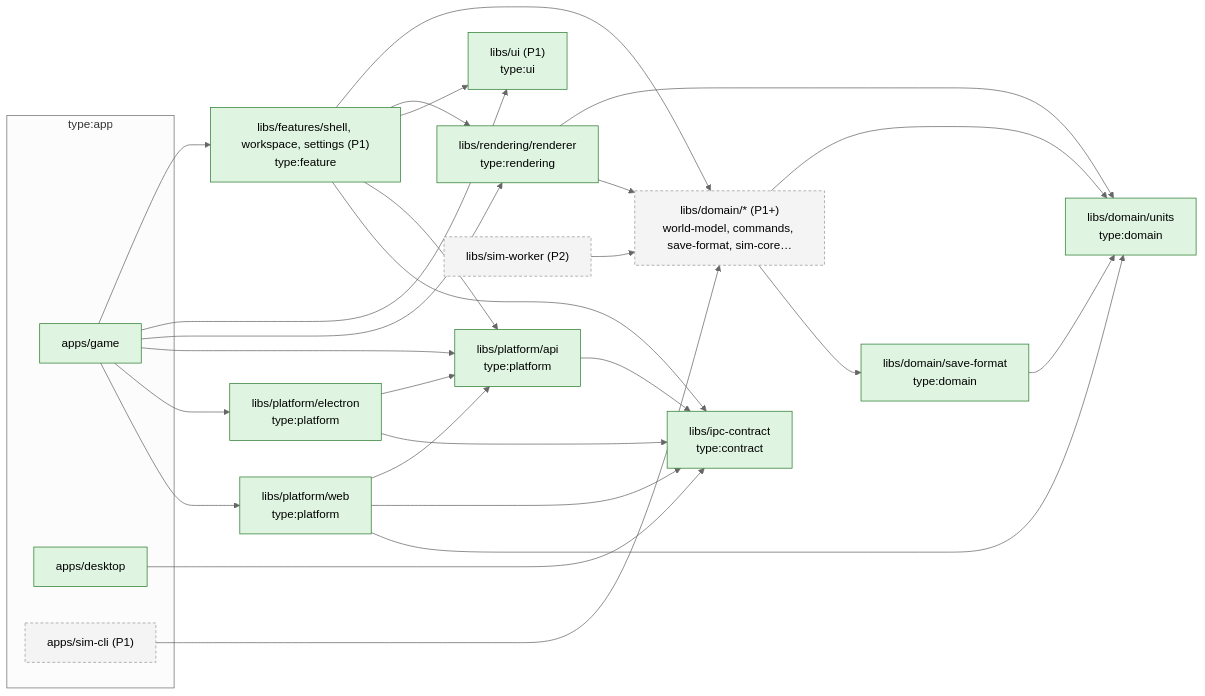
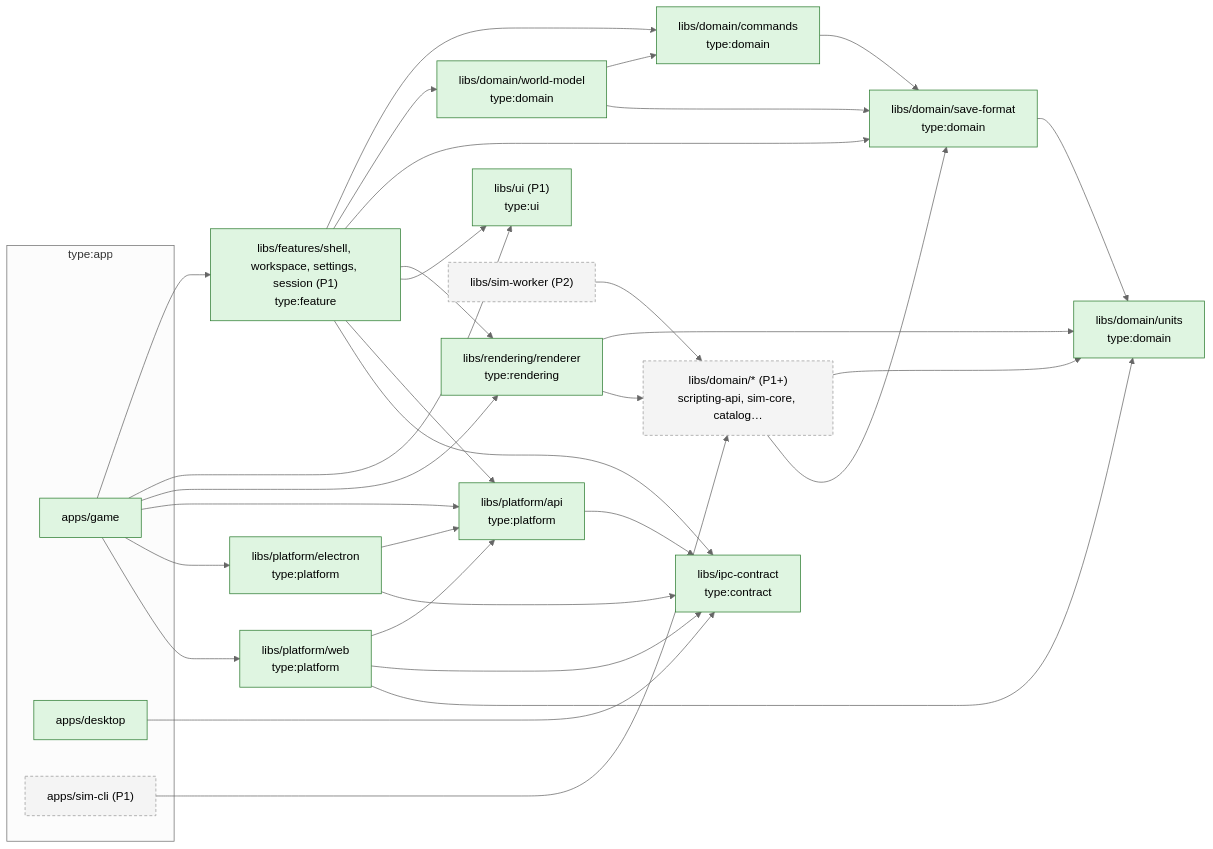
Before and after one commit to joebarbere/controls: the second of 3 diagrams in docs/architecture/overview.md, drawn with Mermaid (neutral theme). The commit also changed other lines of this file and 66 other files, not shown here.

First line of the commit message:
feat(commands): F1.2 command registry, bus, world ops and world.hash (#7)

````diff
--- a/docs/architecture/overview.md
+++ b/docs/architecture/overview.md
@@ -59,36 +61,40 @@
 ```mermaid
 flowchart LR
     classDef p0 fill:#dff5e1,stroke:#2e7d32;
     classDef later fill:#f4f4f4,stroke:#999,stroke-dasharray: 4 3;
 
     subgraph apps["type:app"]
         GAME["apps/game"]:::p0
         DESK["apps/desktop"]:::p0
         SIMCLI["apps/sim-cli (P1)"]:::later
     end
 
-    FEAT["libs/features/shell, workspace, settings (P1)<br/>type:feature"]:::p0
+    FEAT["libs/features/shell, workspace, settings, session (P1)<br/>type:feature"]:::p0
     UI["libs/ui (P1)<br/>type:ui"]:::p0
     REND["libs/rendering/renderer<br/>type:rendering"]:::p0
     PAPI["libs/platform/api<br/>type:platform"]:::p0
     PEL["libs/platform/electron<br/>type:platform"]:::p0
     PWEB["libs/platform/web<br/>type:platform"]:::p0
     IPC["libs/ipc-contract<br/>type:contract"]:::p0
     UNITS["libs/domain/units<br/>type:domain"]:::p0
     SF["libs/domain/save-format<br/>type:domain"]:::p0
-    DOM["libs/domain/* (P1+)<br/>world-model, commands, save-format, sim-core…"]:::later
+    CMDS["libs/domain/commands<br/>type:domain"]:::p0
+    WM["libs/domain/world-model<br/>type:domain"]:::p0
+    DOM["libs/domain/* (P1+)<br/>scripting-api, sim-core, catalog…"]:::later
     WORKER["libs/sim-worker (P2)"]:::later
 
     GAME --> FEAT & UI & REND & PAPI & PEL & PWEB
     DESK --> IPC
     SIMCLI --> DOM
-    FEAT --> DOM & REND & UI & PAPI & IPC
+    FEAT --> CMDS & WM & SF & REND & UI & PAPI & IPC
     REND --> UNITS & DOM
     PAPI --> IPC
     PEL --> PAPI & IPC
     PWEB --> PAPI & IPC & UNITS
     WORKER --> DOM
     DOM --> UNITS
     SF --> UNITS
+    CMDS --> SF
+    WM --> CMDS & SF
     DOM --> SF
 ```
````
